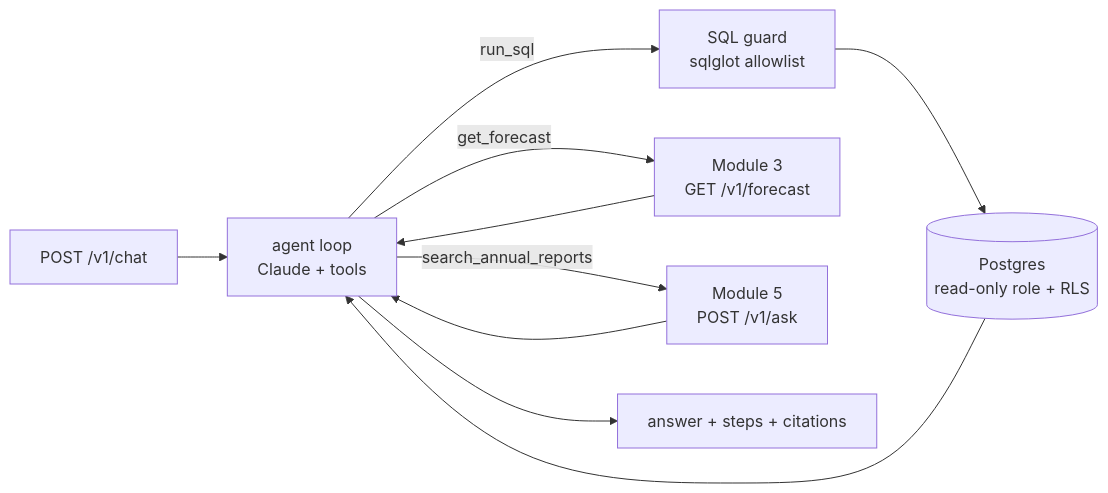
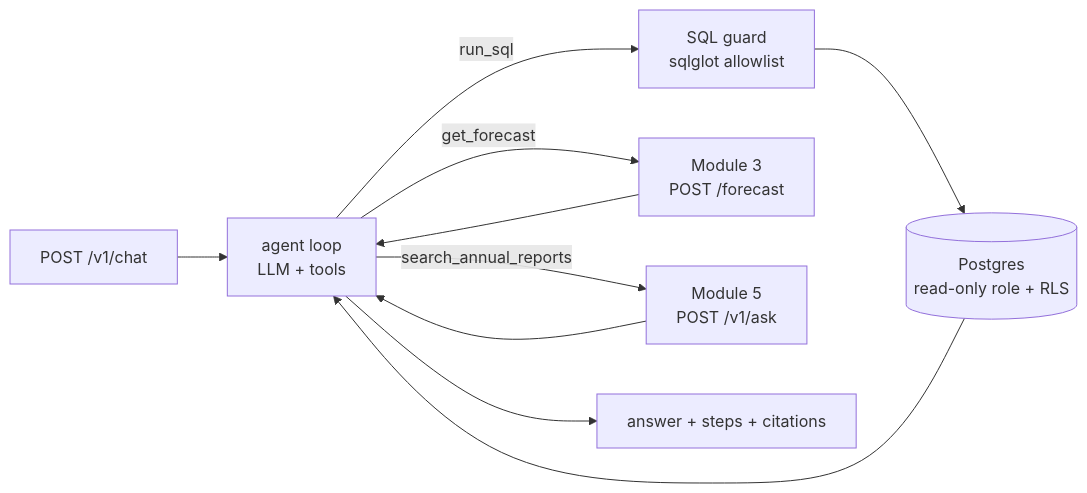
One commit to ngocminhminh1305/Spendcheck changed the first of 2 diagrams in docs/PLAN_M4_M5.md. Above: the diagram before and after it, drawn with Mermaid. The commit also changed other lines of this file and 20 other files, not shown here.

````diff
--- a/docs/PLAN_M4_M5.md
+++ b/docs/PLAN_M4_M5.md
@@ -14,11 +15,11 @@
 ```mermaid
 flowchart LR
-    Q[POST /v1/chat] --> A[agent loop<br/>Claude + tools]
+    Q[POST /v1/chat] --> A[agent loop<br/>LLM + tools]
     A -- run_sql --> G[SQL guard<br/>sqlglot allowlist] --> D[(Postgres<br/>read-only role + RLS)]
-    A -- get_forecast --> F[Module 3<br/>GET /v1/forecast]
+    A -- get_forecast --> F[Module 3<br/>POST /forecast]
     A -- search_annual_reports --> M5[Module 5<br/>POST /v1/ask]
     D --> A
     F --> A
     M5 --> A
     A --> R[answer + steps + citations]
 ```
````
